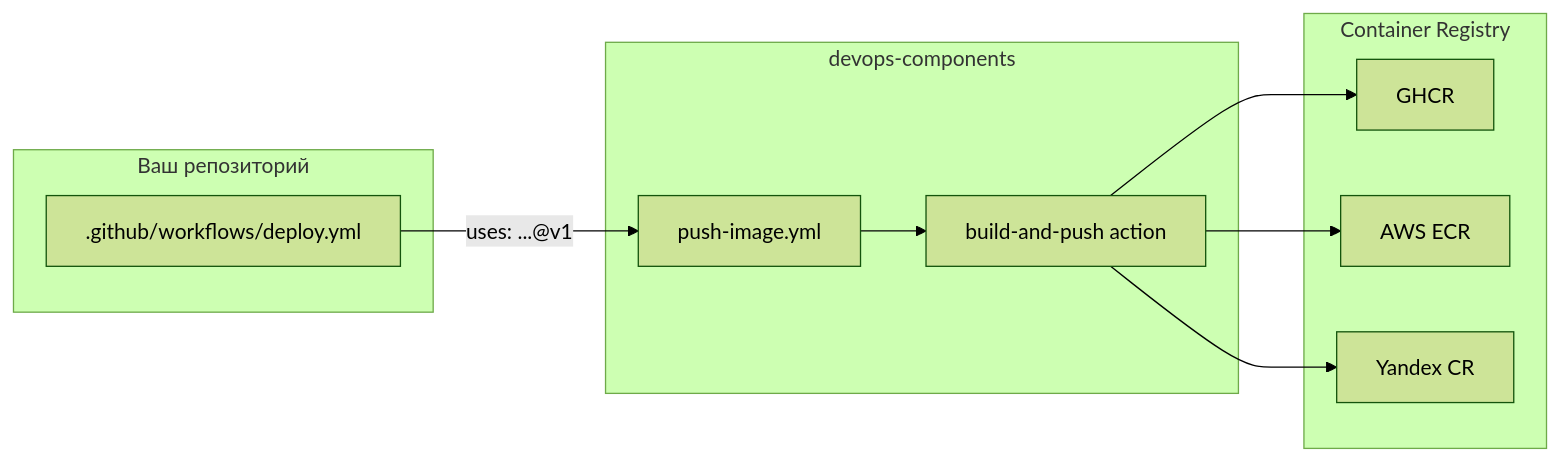
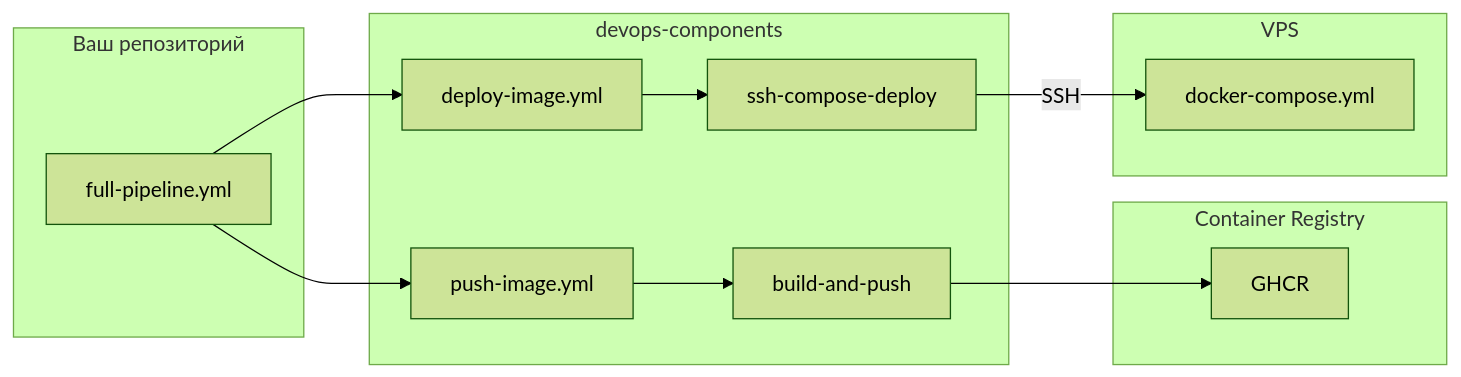
Before and after one commit to DiegoCalleri/devops-components: the first of 2 diagrams in README.md, drawn with Mermaid (forest theme). The commit also changed other lines of this file and 8 other files, not shown here.

````diff
--- a/README.md
+++ b/README.md
@@ -358,20 +498,24 @@
 ```mermaid
 flowchart LR
   subgraph consumer [Ваш репозиторий]
-    WF[".github/workflows/deploy.yml"]
+    WF["full-pipeline.yml"]
   end
   subgraph devops [devops-components]
-    RW["push-image.yml"]
-    CA["build-and-push action"]
+    Push["push-image.yml"]
+    Deploy["deploy-image.yml"]
+    BuildAction["build-and-push"]
+    DeployAction["ssh-compose-deploy"]
   end
   subgraph targets [Container Registry]
     GHCR[GHCR]
-    ECR[AWS ECR]
-    YCR[Yandex CR]
   end
-  WF -->|"uses: ...@v1"| RW
-  RW --> CA
-  CA --> GHCR
-  CA --> ECR
-  CA --> YCR
+  subgraph server [VPS]
+    Compose["docker-compose.yml"]
+  end
+  WF --> Push
+  WF --> Deploy
+  Push --> BuildAction
+  BuildAction --> GHCR
+  Deploy --> DeployAction
+  DeployAction -->|"SSH"| Compose
 ```
````
